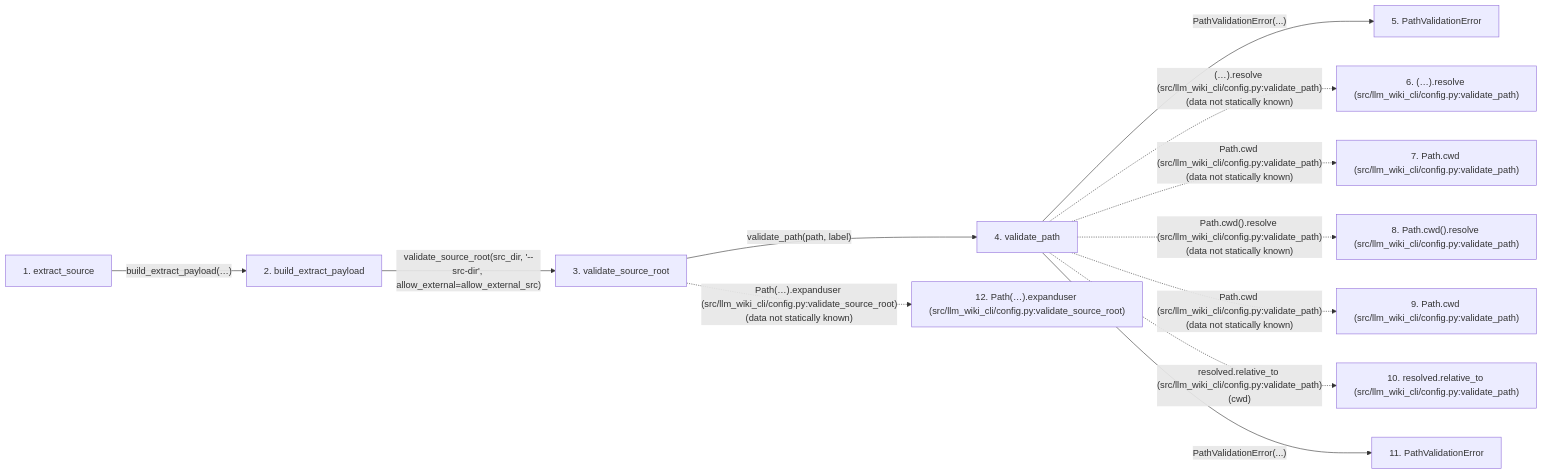
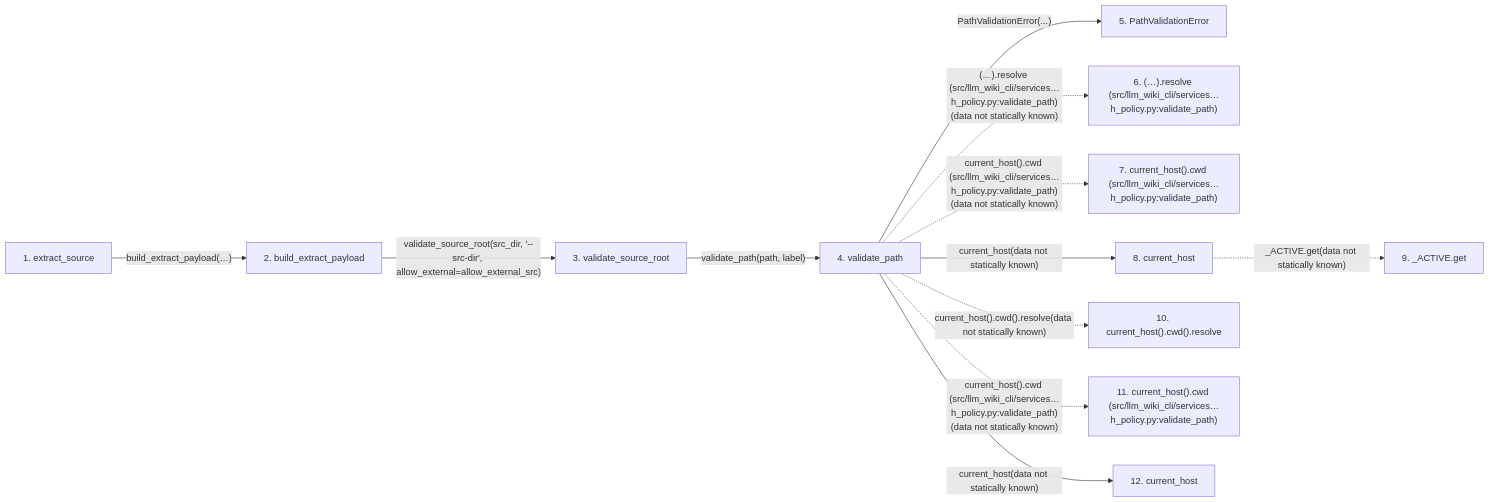
Before and after one commit to Denissvgn/python-wiki-llm: the second of 2 diagrams in docs/llm_wiki/flows/api-extract_source.md, drawn with Mermaid. The commit also changed other lines of this file and 1555 other files, not shown here.

````diff
--- a/docs/llm_wiki/flows/api-extract_source.md
+++ b/docs/llm_wiki/flows/api-extract_source.md
@@ -170,32 +172,33 @@
 ```mermaid
 flowchart LR
     s1["1. extract_source"]
     s2["2. build_extract_payload"]
     s3["3. validate_source_root"]
     s4["4. validate_path"]
     s5["5. PathValidationError"]
-    s6["6. (…).resolve (src/llm_wiki_cli/config.py:validate_path)"]
-    s7["7. Path.cwd (src/llm_wiki_cli/config.py:validate_path)"]
-    s8["8. Path.cwd().resolve (src/llm_wiki_cli/config.py:validate_path)"]
-    s9["9. Path.cwd (src/llm_wiki_cli/config.py:validate_path)"]
-    s10["10. resolved.relative_to (src/llm_wiki_cli/config.py:validate_path)"]
-    s11["11. PathValidationError"]
-    s12["12. Path(…).expanduser (src/llm_wiki_cli/config.py:validate_source_root)"]
+    s6["6. (…).resolve (src/llm_wiki_cli/services…h_policy.py:validate_path)"]
+    s7["7. current_host().cwd (src/llm_wiki_cli/services…h_policy.py:validate_path)"]
+    s8["8. current_host"]
+    s9["9. _ACTIVE.get"]
+    s10["10. current_host().cwd().resolve"]
+    s11["11. current_host().cwd (src/llm_wiki_cli/services…h_policy.py:validate_path)"]
+    s12["12. current_host"]
     s1 -->|"build_extract_payload(…)"| s2
     s2 -->|"validate_source_root(src_dir, '--src-dir', allow_external=allow_external_src)"| s3
     s3 -->|"validate_path(path, label)"| s4
     s4 -->|"PathValidationError(...)"| s5
-    s4 -. "(…).resolve (src/llm_wiki_cli/config.py:validate_path)(data not statically known)" .-> s6
-    s4 -. "Path.cwd (src/llm_wiki_cli/config.py:validate_path)(data not statically known)" .-> s7
-    s4 -. "Path.cwd().resolve (src/llm_wiki_cli/config.py:validate_path)(data not statically known)" .-> s8
-    s4 -. "Path.cwd (src/llm_wiki_cli/config.py:validate_path)(data not statically known)" .-> s9
-    s4 -. "resolved.relative_to (src/llm_wiki_cli/config.py:validate_path)(cwd)" .-> s10
-    s4 -->|"PathValidationError(...)"| s11
-    s3 -. "Path(…).expanduser (src/llm_wiki_cli/config.py:validate_source_root)(data not statically known)" .-> s12
+    s4 -. "(…).resolve (src/llm_wiki_cli/services…h_policy.py:validate_path)(data not statically known)" .-> s6
+    s4 -. "current_host().cwd (src/llm_wiki_cli/services…h_policy.py:validate_path)(data not statically known)" .-> s7
+    s4 -->|"current_host(data not statically known)"| s8
+    s8 -. "_ACTIVE.get(data not statically known)" .-> s9
+    s4 -. "current_host().cwd().resolve(data not statically known)" .-> s10
+    s4 -. "current_host().cwd (src/llm_wiki_cli/services…h_policy.py:validate_path)(data not statically known)" .-> s11
+    s4 -->|"current_host(data not statically known)"| s12
     click s1 "../modules/api.md"
     click s2 "../modules/extraction_service.md"
-    click s3 "../modules/config.md"
-    click s4 "../modules/config.md"
-    click s5 "../modules/config.md"
-    click s11 "../modules/config.md"
+    click s3 "../modules/path_policy.md"
+    click s4 "../modules/path_policy.md"
+    click s5 "../modules/path_policy.md"
+    click s8 "../modules/host.md"
+    click s12 "../modules/host.md"
 ```
````
